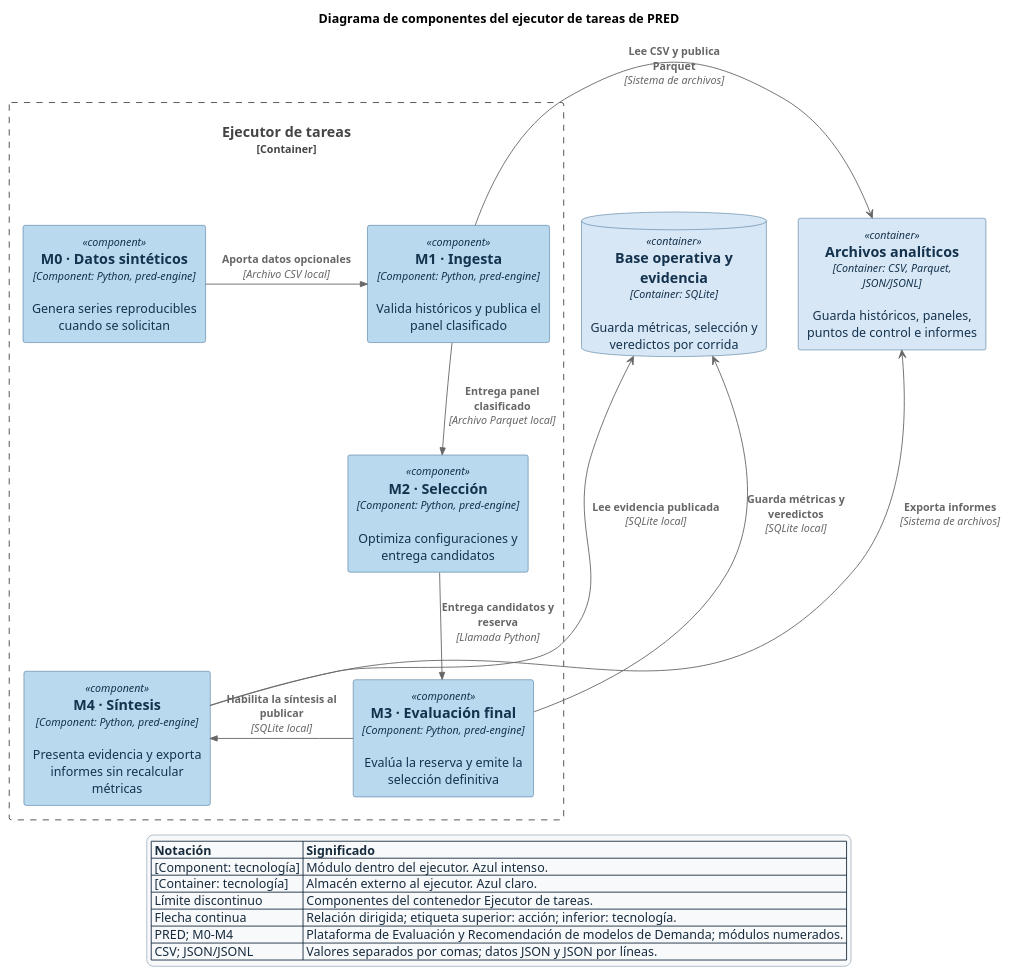
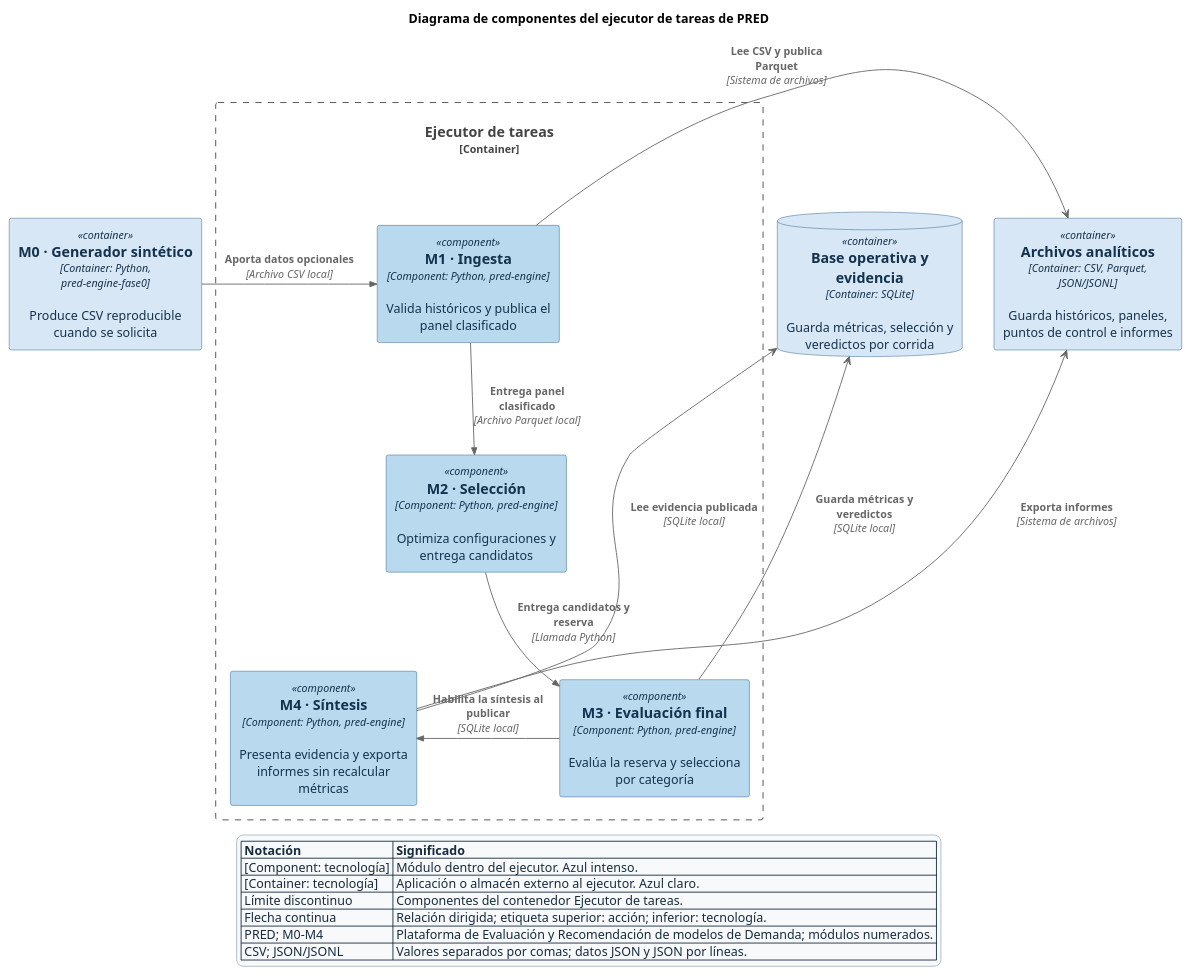
The diagram in memoria/tesis/img/architecture/diag_componentes.puml (pred-javeriana/pred-docs), drawn with PlantUML before and after one commit. The commit also changed 3 other files, not shown here.

Commit message:
docs: Ubicar generador sintético como contenedor C4

```diff
--- a/memoria/tesis/img/architecture/diag_componentes.puml
+++ b/memoria/tesis/img/architecture/diag_componentes.puml
@@ -1,42 +1,42 @@
 @startuml
 !include <c4/C4_Component>
 LAYOUT_TOP_DOWN()
 UpdateElementStyle("component", $bgColor="#b9d9ef", $fontColor="#14324d", $borderColor="#225580")
 UpdateElementStyle("container", $bgColor="#d7e7f5", $fontColor="#14324d", $borderColor="#225580")
 skinparam backgroundColor white
 skinparam shadowing false
 skinparam legendFontColor #172b3d
 skinparam legendFontSize 14
 skinparam legendBackgroundColor #f7f9fb
 skinparam legendBorderColor #aab7c2
 title Diagrama de componentes del ejecutor de tareas de PRED
 
+Container(m0, "M0 · Generador sintético", "Container: Python, pred-engine-fase0", "Produce CSV reproducible cuando se solicita")
 Container_Boundary(ejecutor, "Ejecutor de tareas") {
-    Component(m0, "M0 · Datos sintéticos", "Component: Python, pred-engine", "Genera series reproducibles cuando se solicitan")
     Component(m1, "M1 · Ingesta", "Component: Python, pred-engine", "Valida históricos y publica el panel clasificado")
     Component(m2, "M2 · Selección", "Component: Python, pred-engine", "Optimiza configuraciones y entrega candidatos")
-    Component(m3, "M3 · Evaluación final", "Component: Python, pred-engine", "Evalúa la reserva y emite la selección definitiva")
+    Component(m3, "M3 · Evaluación final", "Component: Python, pred-engine", "Evalúa la reserva y selecciona por categoría")
     Component(m4, "M4 · Síntesis", "Component: Python, pred-engine", "Presenta evidencia y exporta informes sin recalcular métricas")
 }
 ContainerDb(base, "Base operativa y evidencia", "Container: SQLite", "Guarda métricas, selección y veredictos por corrida")
 Container(archivos, "Archivos analíticos", "Container: CSV, Parquet, JSON/JSONL", "Guarda históricos, paneles, puntos de control e informes")
 
 Rel_R(m0, m1, "Aporta datos opcionales", "Archivo CSV local")
 Rel_D(m1, m2, "Entrega panel clasificado", "Archivo Parquet local")
 Rel_D(m2, m3, "Entrega candidatos y reserva", "Llamada Python")
 Rel_L(m3, m4, "Habilita la síntesis al publicar", "SQLite local")
 m1 -[norank]-> archivos : <b>Lee CSV y publica Parquet</b>\n<i>[Sistema de archivos]</i>
 m3 -[norank]-> base : <b>Guarda métricas y veredictos</b>\n<i>[SQLite local]</i>
 m4 -[norank]-> base : <b>Lee evidencia publicada</b>\n<i>[SQLite local]</i>
 m4 -[norank]-> archivos : <b>Exporta informes</b>\n<i>[Sistema de archivos]</i>
 
 legend bottom
 |= Notación |= Significado |
 | [Component: tecnología] | Módulo dentro del ejecutor. Azul intenso. |
-| [Container: tecnología] | Almacén externo al ejecutor. Azul claro. |
+| [Container: tecnología] | Aplicación o almacén externo al ejecutor. Azul claro. |
 | Límite discontinuo | Componentes del contenedor Ejecutor de tareas. |
 | Flecha continua | Relación dirigida; etiqueta superior: acción; inferior: tecnología. |
 | PRED; M0-M4 | Plataforma de Evaluación y Recomendación de modelos de Demanda; módulos numerados. |
 | CSV; JSON/JSONL | Valores separados por comas; datos JSON y JSON por líneas. |
 endlegend
 @enduml
```
